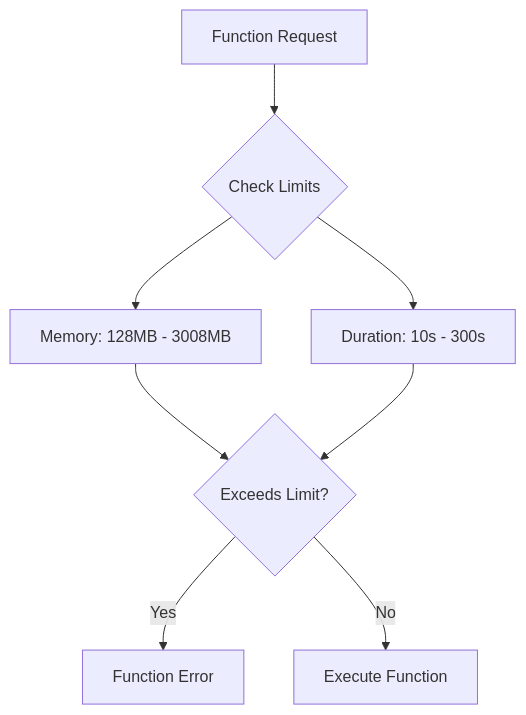
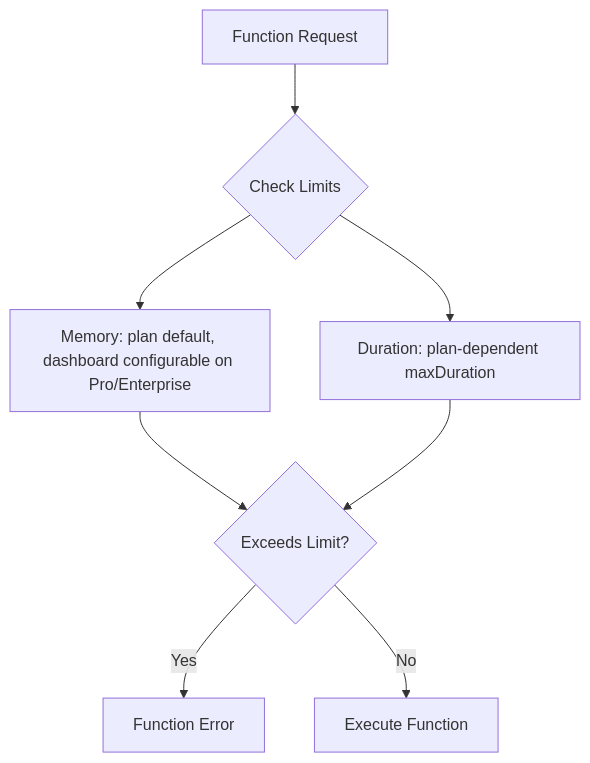
One commit to OneUptime/blog changed the third of 5 diagrams in posts/2026-01-24-configure-vercel-deployment/README.md. Above: the diagram before and after it, drawn with Mermaid. The commit also changed other lines of this file and 4262 other files, not shown here.

````diff
--- a/posts/2026-01-24-configure-vercel-deployment/README.md
+++ b/posts/2026-01-24-configure-vercel-deployment/README.md
@@ -224,10 +215,10 @@
 ```mermaid
 flowchart TD
     A[Function Request] --> B{Check Limits}
-    B --> C[Memory: 128MB - 3008MB]
-    B --> D[Duration: 10s - 300s]
+    B --> C[Memory: plan default, dashboard configurable on Pro/Enterprise]
+    B --> D[Duration: plan-dependent maxDuration]
     C --> E{Exceeds Limit?}
     D --> E
     E -->|Yes| F[Function Error]
     E -->|No| G[Execute Function]
 ```
````
